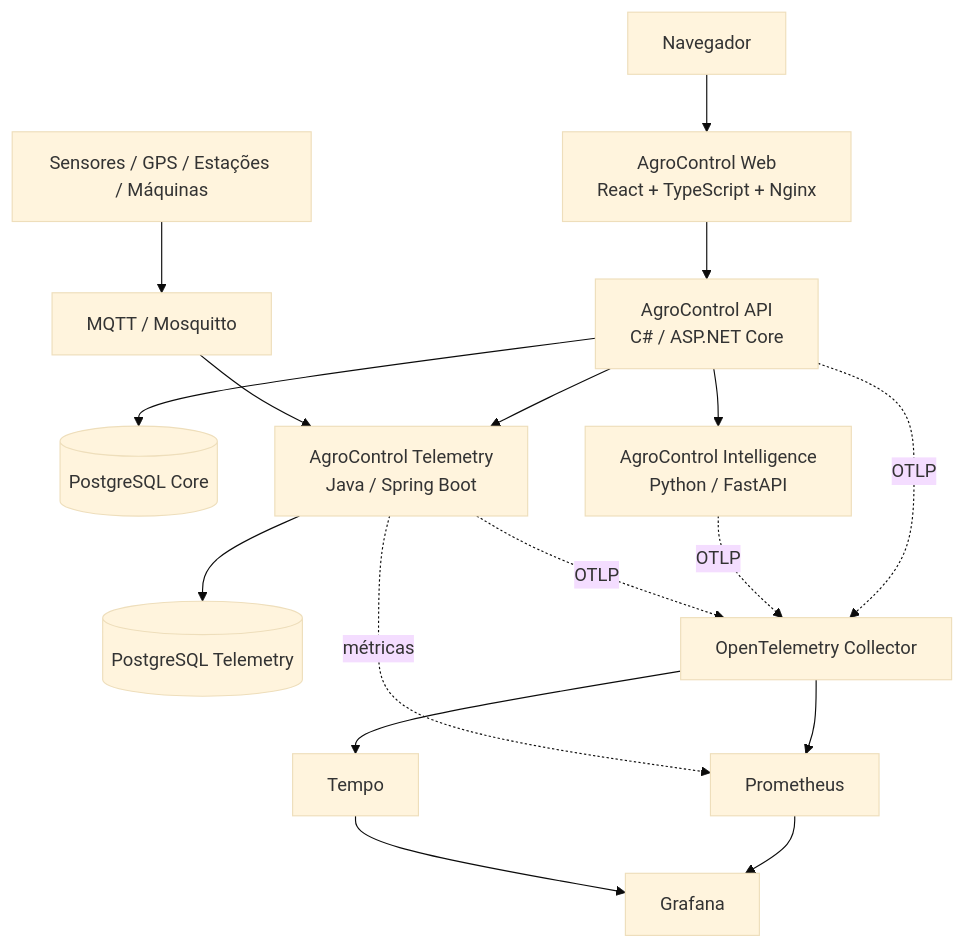
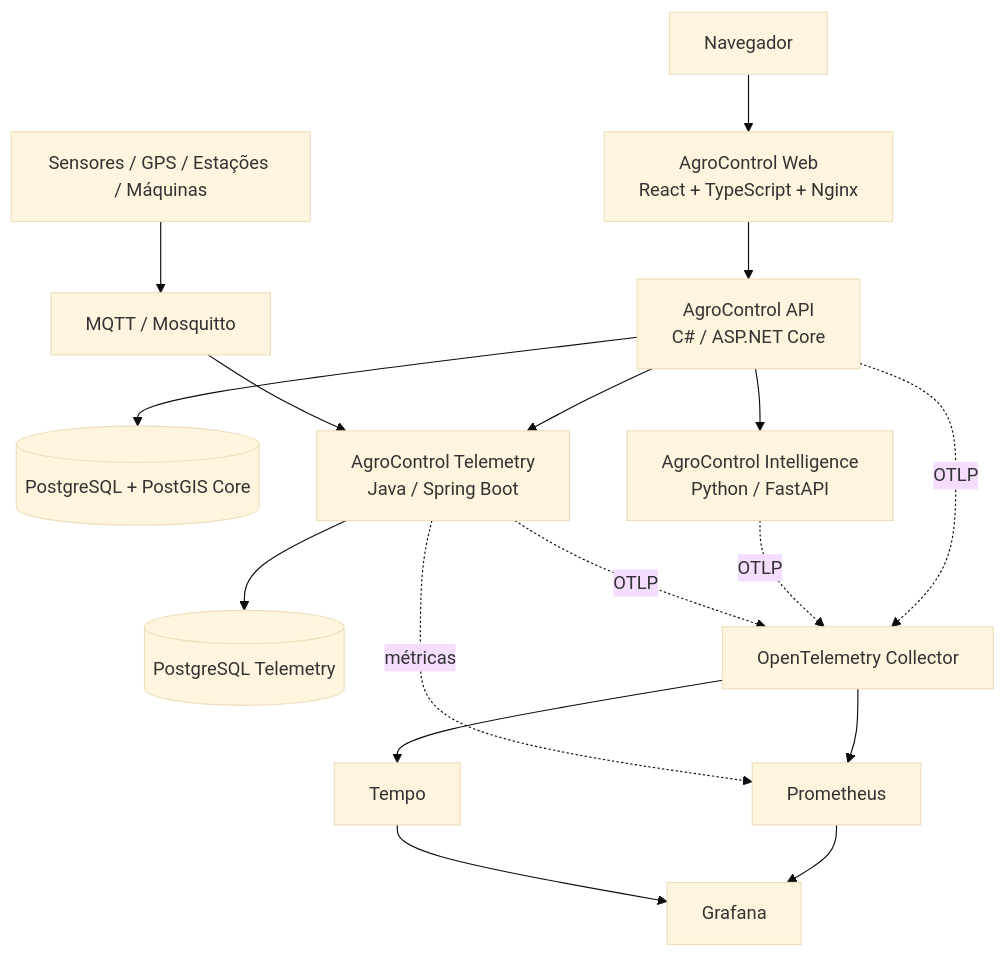
One commit to M4rc3low/AgroControl changed the diagram in README.md. Above: the diagram before and after it, drawn with Mermaid (base theme). The commit also changed other lines of this file and 27 other files, not shown here.

````diff
--- a/README.md
+++ b/README.md
@@ -41,20 +43,20 @@
 ```mermaid
 flowchart TB
     BROWSER[Navegador] --> WEB[AgroControl Web\nReact + TypeScript + Nginx]
     WEB --> API[AgroControl API\nC# / ASP.NET Core]
-    API --> DB[(PostgreSQL Core)]
+    API --> DB[(PostgreSQL + PostGIS Core)]
     API --> AI[AgroControl Intelligence\nPython / FastAPI]
     API --> TEL[AgroControl Telemetry\nJava / Spring Boot]
     TEL --> TDB[(PostgreSQL Telemetry)]
     SENSORS[Sensores / GPS / Estações / Máquinas] --> MQTT[MQTT / Mosquitto]
     MQTT --> TEL
 
     API -. OTLP .-> OTEL[OpenTelemetry Collector]
     AI -. OTLP .-> OTEL
     TEL -. OTLP .-> OTEL
     OTEL --> TEMPO[Tempo]
     OTEL --> PROM[Prometheus]
     TEL -. métricas .-> PROM
     PROM --> GRAFANA[Grafana]
     TEMPO --> GRAFANA
 ```
````
